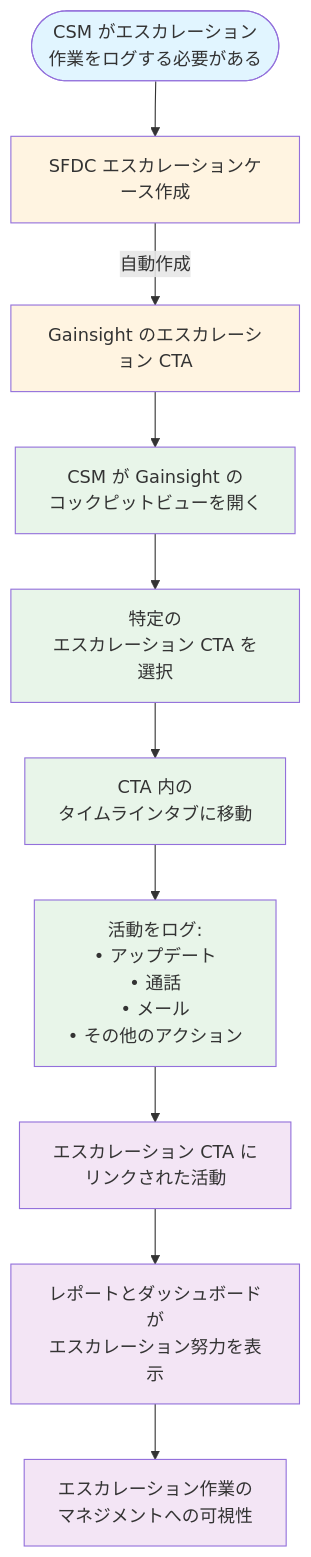
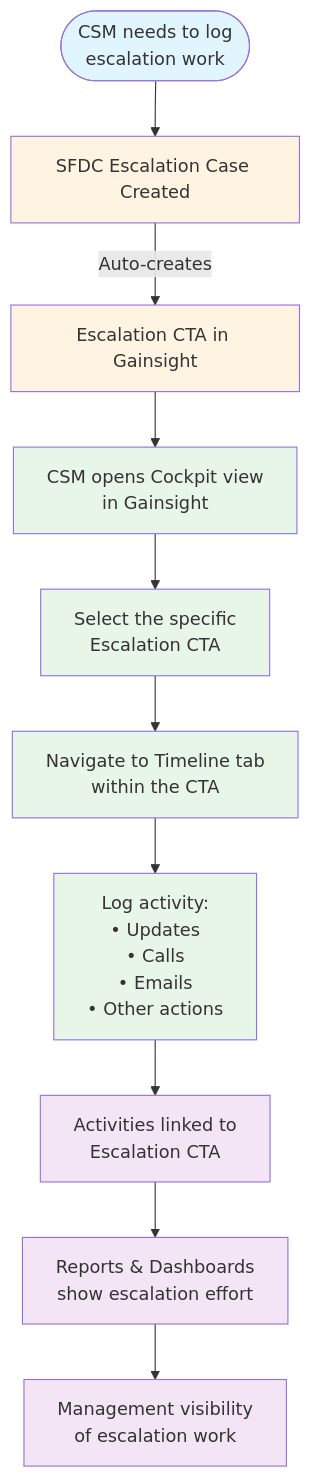
Before and after one commit to kyama0/gitlab-handbook-ja: the second of 2 diagrams in content/handbook/customer-experience/csm/escalations/_index.md, drawn with Mermaid. The commit also changed other lines of this file and 6 other files, not shown here.

````diff
--- a/content/handbook/customer-experience/csm/escalations/_index.md
+++ b/content/handbook/customer-experience/csm/escalations/_index.md
@@ -268,25 +268,25 @@
 ```mermaid
 flowchart TD
-    Start([CSM がエスカレーション<br/>作業をログする必要がある]) --> SFDC[SFDC エスカレーションケース作成]
-    SFDC -->|自動作成| CTA[Gainsight のエスカレーション CTA]
+    Start([CSM needs to log<br/>escalation work]) --> SFDC[SFDC Escalation Case Created]
+    SFDC -->|Auto-creates| CTA[Escalation CTA in Gainsight]
     
-    CTA --> Cockpit[CSM が Gainsight の<br/>コックピットビューを開く]
-    Cockpit --> Select[特定の<br/>エスカレーション CTA を選択]
-    Select --> Timeline[CTA 内の<br/>タイムラインタブに移動]
-    Timeline --> Log[活動をログ:<br/>• アップデート<br/>• 通話<br/>• メール<br/>• その他のアクション]
+    CTA --> Cockpit[CSM opens Cockpit view<br/>in Gainsight]
+    Cockpit --> Select[Select the specific<br/>Escalation CTA]
+    Select --> Timeline[Navigate to Timeline tab<br/>within the CTA]
+    Timeline --> Log[Log activity:<br/>• Updates<br/>• Calls<br/>• Emails<br/>• Other actions]
     
-    Log --> Report[エスカレーション CTA に<br/>リンクされた活動]
-    Report --> Dashboard[レポートとダッシュボードが<br/>エスカレーション努力を表示]
-    Dashboard --> Visibility[エスカレーション作業の<br/>マネジメントへの可視性]
+    Log --> Report[Activities linked to<br/>Escalation CTA]
+    Report --> Dashboard[Reports & Dashboards<br/>show escalation effort]
+    Dashboard --> Visibility[Management visibility<br/>of escalation work]
     
     style Start fill:#e1f5ff
     style SFDC fill:#fff4e1
     style CTA fill:#fff4e1
     style Cockpit fill:#e8f5e9
     style Select fill:#e8f5e9
     style Timeline fill:#e8f5e9
     style Log fill:#e8f5e9
     style Report fill:#f3e5f5
     style Dashboard fill:#f3e5f5
     style Visibility fill:#f3e5f5
 ```
````
